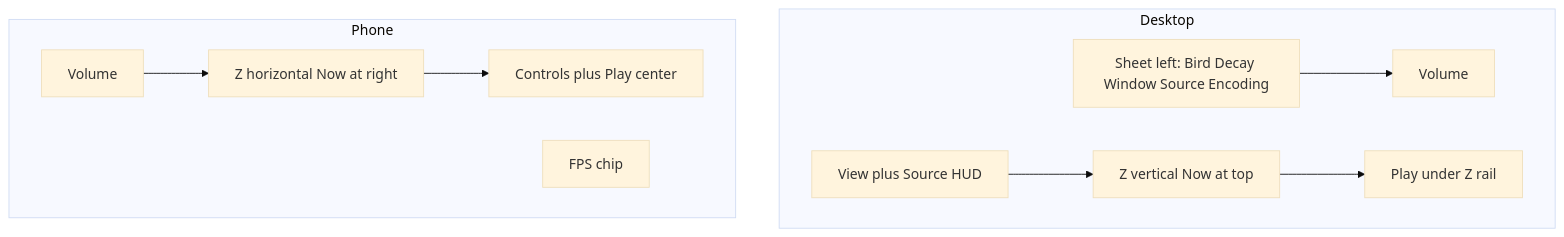
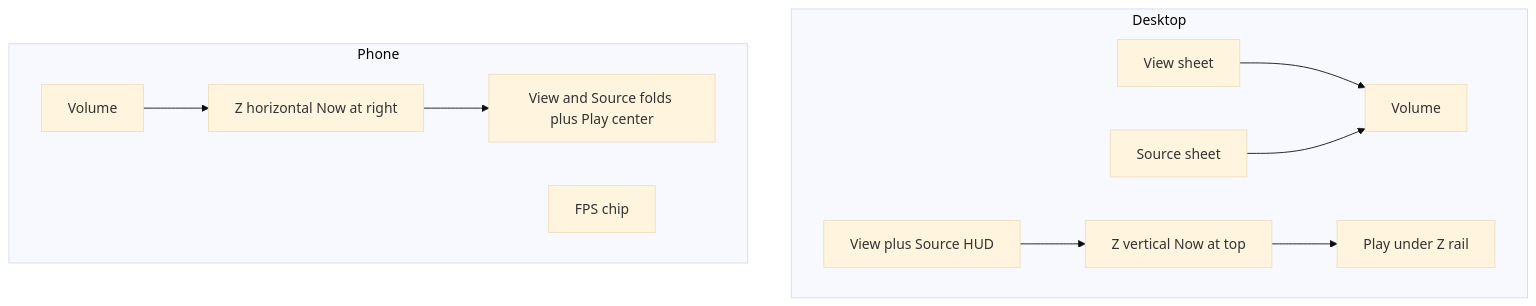
One commit to PiMaV/DONNER changed the third of 4 diagrams in docs/gui.md. Above: the diagram before and after it, drawn with Mermaid (base theme). The commit also changed other lines of this file and 30 other files, not shown here.

````diff
--- a/docs/gui.md
+++ b/docs/gui.md
@@ -52,21 +51,23 @@
 ```mermaid
 flowchart TB
   subgraph desktop [Desktop]
-    sheetD[Sheet left: Bird Decay Window Source Encoding]
+    viewD[View sheet]
+    srcD[Source sheet]
     volD[Volume]
     hudD[View plus Source HUD]
     zD[Z vertical Now at top]
     playD[Play under Z rail]
-    sheetD --> volD
+    viewD --> volD
+    srcD --> volD
     hudD --> zD
     zD --> playD
   end
   subgraph phone [Phone]
     volP[Volume]
     zP[Z horizontal Now at right]
-    barP[Controls plus Play center]
+    barP[View and Source folds plus Play center]
     chipP[FPS chip]
     volP --> zP
     zP --> barP
   end
 ```
````
